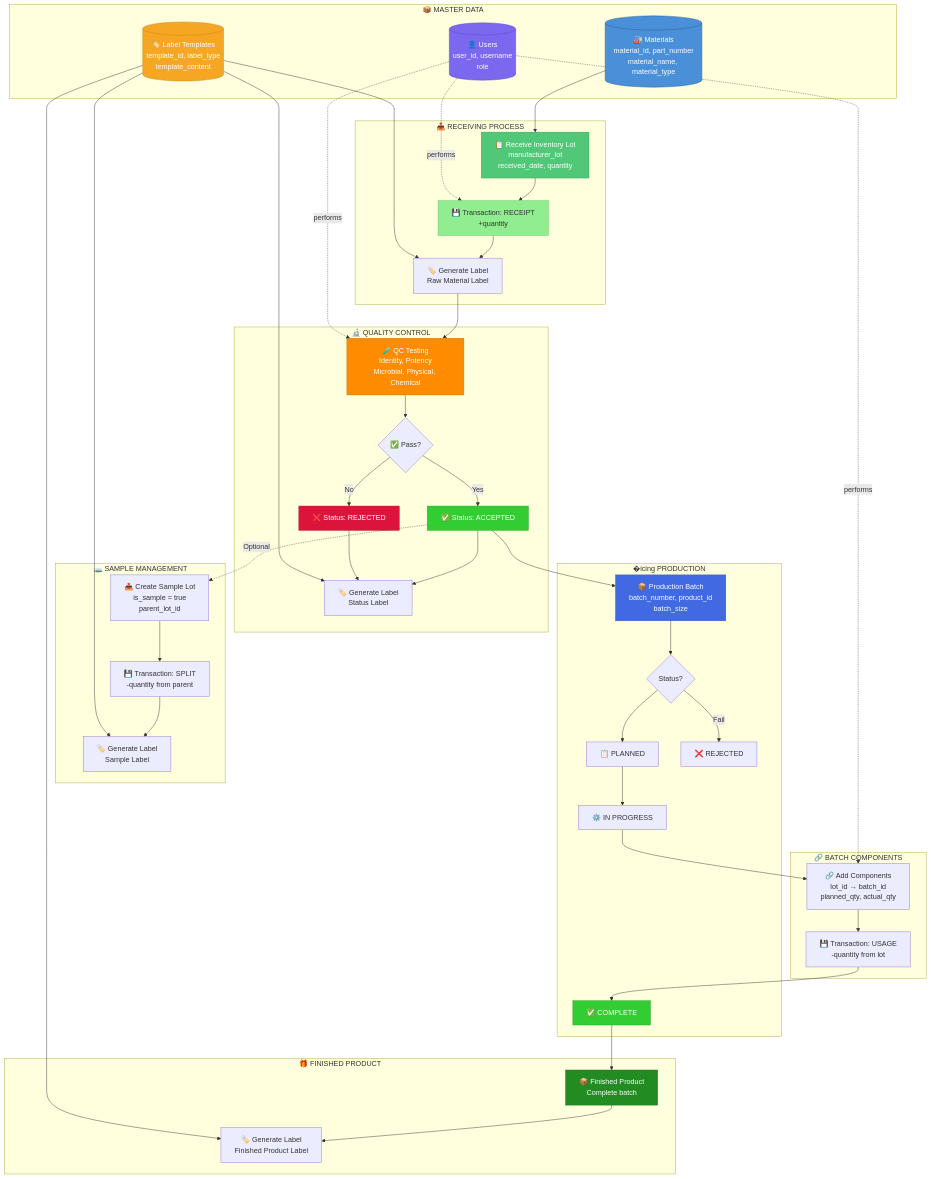
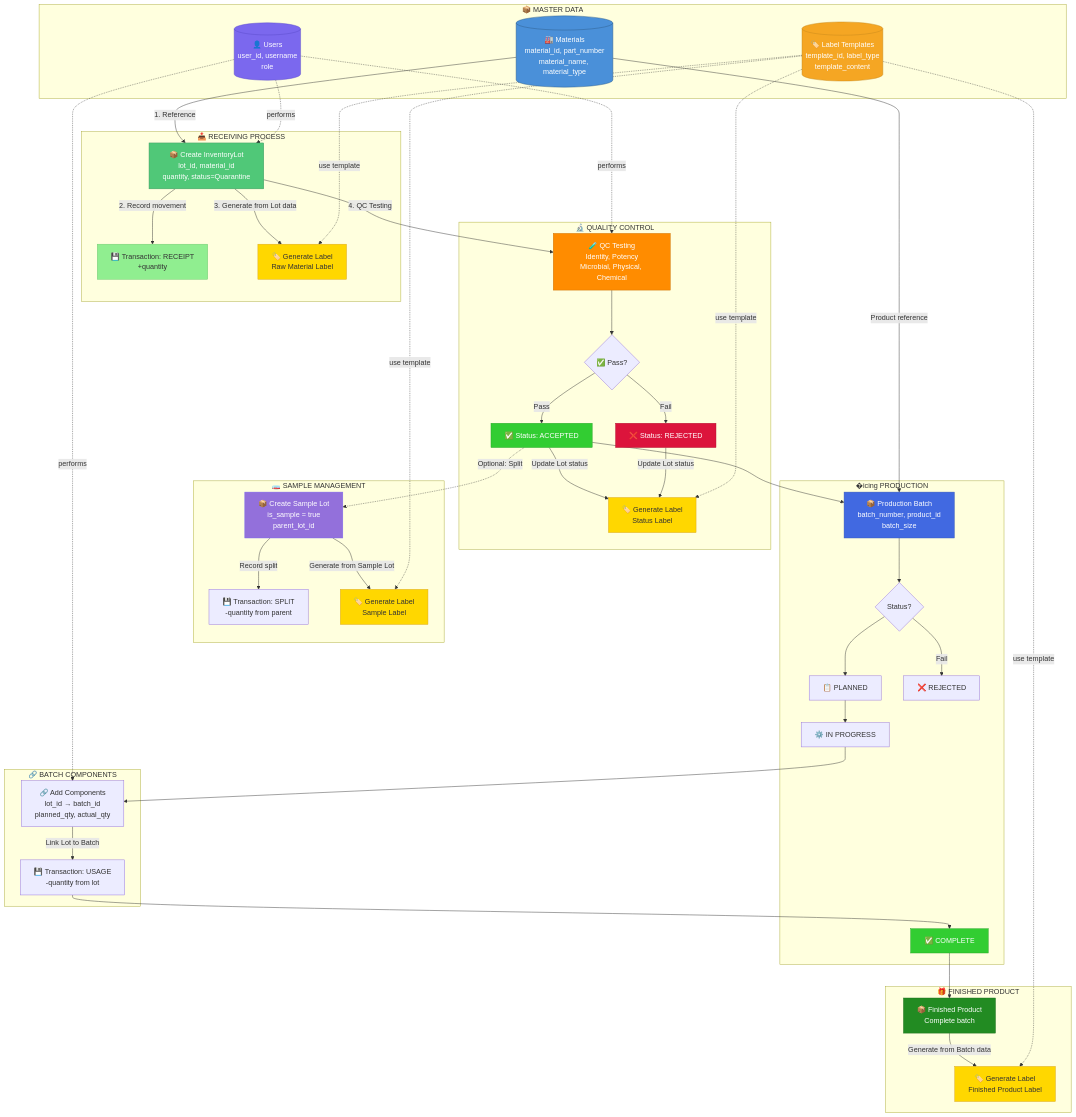
The diagram in 01_Documents/05_Inventory_Management_Workflow.md (NguyenTri251004/SEC_Team_02_2026), drawn with Mermaid before and after one commit. The commit also changed other lines of this file and 1 other file, not shown here.

First line of the commit message:
Fix workflow order: Material → Lot → Transaction → Label

````diff
--- a/01_Documents/05_Inventory_Management_Workflow.md
+++ b/01_Documents/05_Inventory_Management_Workflow.md
@@ -40,7 +44,7 @@
     end
 
     subgraph RECEIVING["📥 RECEIVING PROCESS"]
-        RCV["📋 Receive Inventory Lot<br/>manufacturer_lot<br/>received_date, quantity"]
+        LOT["📦 Create InventoryLot<br/>lot_id, material_id<br/>quantity, status=Quarantine"]
         TXN_RCV["💾 Transaction: RECEIPT<br/>+quantity"]
         LBL_RM["🏷️ Generate Label<br/>Raw Material Label"]
     end
@@ -54,7 +58,7 @@
     end
 
     subgraph SAMPLE["🧫 SAMPLE MANAGEMENT"]
-        SAMPLE_CREATE["📤 Create Sample Lot<br/>is_sample = true<br/>parent_lot_id"]
+        SAMPLE_LOT["📦 Create Sample Lot<br/>is_sample = true<br/>parent_lot_id"]
         TXN_SPLIT["💾 Transaction: SPLIT<br/>-quantity from parent"]
         LBL_SAMPLE["🏷️ Generate Label<br/>Sample Label"]
     end
@@ -78,48 +82,52 @@
         LBL_FIN["🏷️ Generate Label<br/>Finished Product Label"]
     end
 
-    %% Connections
-    MAT --> RCV
-    RCV --> TXN_RCV
-    TXN_RCV --> LBL_RM
-    LBL_RM --> QC_TEST
+    %% RECEIVING FLOW: Material → Lot → Transaction → Label
+    MAT -->|"1. Reference"| LOT
+    LOT -->|"2. Record movement"| TXN_RCV
+    LOT -->|"3. Generate from Lot data"| LBL_RM
+    LBL -.->|"use template"| LBL_RM
     
+    %% QC FLOW
+    LOT -->|"4. QC Testing"| QC_TEST
     QC_TEST --> QC_PASS
-    QC_PASS -->|Yes| STATUS_ACC
-    QC_PASS -->|No| STATUS_REJ
-    STATUS_ACC --> LBL_STATUS
-    STATUS_REJ --> LBL_STATUS
+    QC_PASS -->|"Pass"| STATUS_ACC
+    QC_PASS -->|"Fail"| STATUS_REJ
+    STATUS_ACC -->|"Update Lot status"| LBL_STATUS
+    STATUS_REJ -->|"Update Lot status"| LBL_STATUS
+    LBL -.->|"use template"| LBL_STATUS
     
-    STATUS_ACC -.->|Optional| SAMPLE_CREATE
-    SAMPLE_CREATE --> TXN_SPLIT
-    TXN_SPLIT --> LBL_SAMPLE
+    %% SAMPLE FLOW: Lot → Sample Lot → Transaction → Label
+    STATUS_ACC -.->|"Optional: Split"| SAMPLE_LOT
+    SAMPLE_LOT -->|"Record split"| TXN_SPLIT
+    SAMPLE_LOT -->|"Generate from Sample Lot"| LBL_SAMPLE
+    LBL -.->|"use template"| LBL_SAMPLE
     
+    %% PRODUCTION FLOW
     STATUS_ACC --> BATCH
+    MAT -->|"Product reference"| BATCH
     BATCH --> BATCH_STATUS
     BATCH_STATUS --> BATCH_PLAN
     BATCH_PLAN --> BATCH_PROG
     BATCH_PROG --> COMP
-    COMP --> TXN_USE
+    COMP -->|"Link Lot to Batch"| TXN_USE
     TXN_USE --> BATCH_COMP
     BATCH_COMP --> FIN
-    FIN --> LBL_FIN
+    FIN -->|"Generate from Batch data"| LBL_FIN
+    LBL -.->|"use template"| LBL_FIN
     
-    BATCH_STATUS -->|Fail| BATCH_REJ
+    BATCH_STATUS -->|"Fail"| BATCH_REJ
     
-    LBL --> LBL_RM
-    LBL --> LBL_STATUS
-    LBL --> LBL_SAMPLE
-    LBL --> LBL_FIN
-    
-    USR -.->|performs| TXN_RCV
-    USR -.->|performs| QC_TEST
-    USR -.->|performs| COMP
+    %% User performs actions
+    USR -.->|"performs"| LOT
+    USR -.->|"performs"| QC_TEST
+    USR -.->|"performs"| COMP
 
     %% Styling
     style MAT fill:#4A90D9,stroke:#2E5C8A,color:#fff
     style LBL fill:#F5A623,stroke:#C78A1B,color:#fff
     style USR fill:#7B68EE,stroke:#5B4AC9,color:#fff
-    style RCV fill:#50C878,stroke:#3D9660,color:#fff
+    style LOT fill:#50C878,stroke:#3D9660,color:#fff
     style TXN_RCV fill:#90EE90,stroke:#6DC76D
     style QC_TEST fill:#FF8C00,stroke:#CC7000,color:#fff
     style STATUS_ACC fill:#32CD32,stroke:#28A428,color:#fff
@@ -127,4 +135,9 @@
     style BATCH fill:#4169E1,stroke:#3457B8,color:#fff
     style BATCH_COMP fill:#32CD32,stroke:#28A428,color:#fff
     style FIN fill:#228B22,stroke:#1B6E1B,color:#fff
+    style SAMPLE_LOT fill:#9370DB,stroke:#7B68EE,color:#fff
+    style LBL_RM fill:#FFD700,stroke:#DAA520
+    style LBL_STATUS fill:#FFD700,stroke:#DAA520
+    style LBL_SAMPLE fill:#FFD700,stroke:#DAA520
+    style LBL_FIN fill:#FFD700,stroke:#DAA520
 ```
````
